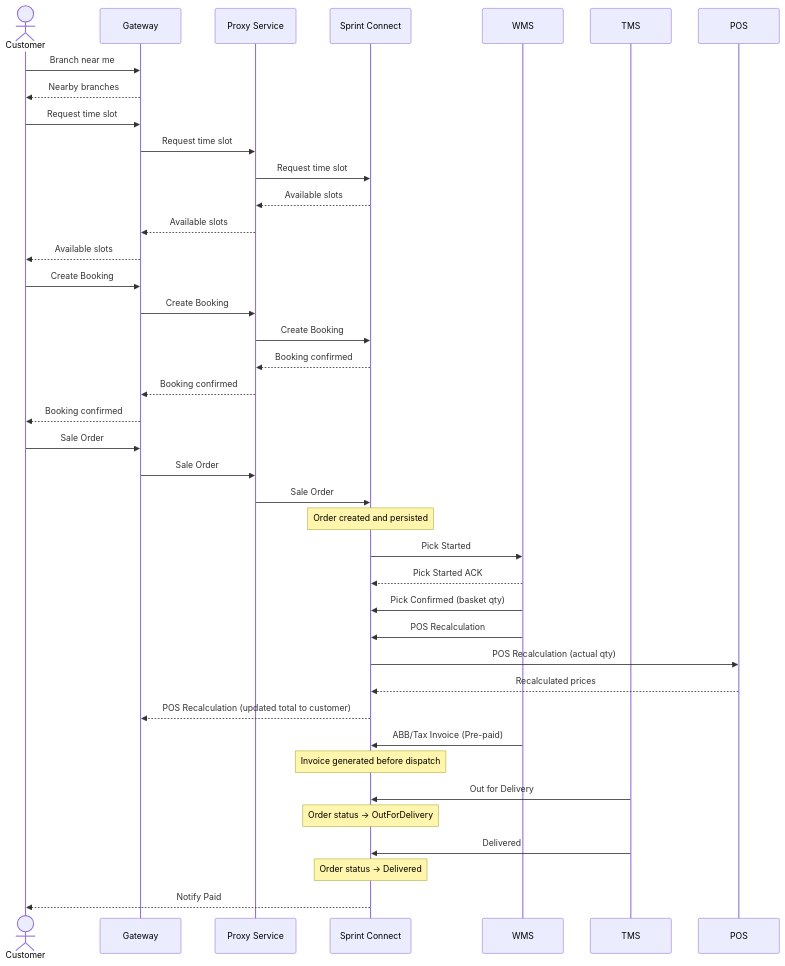
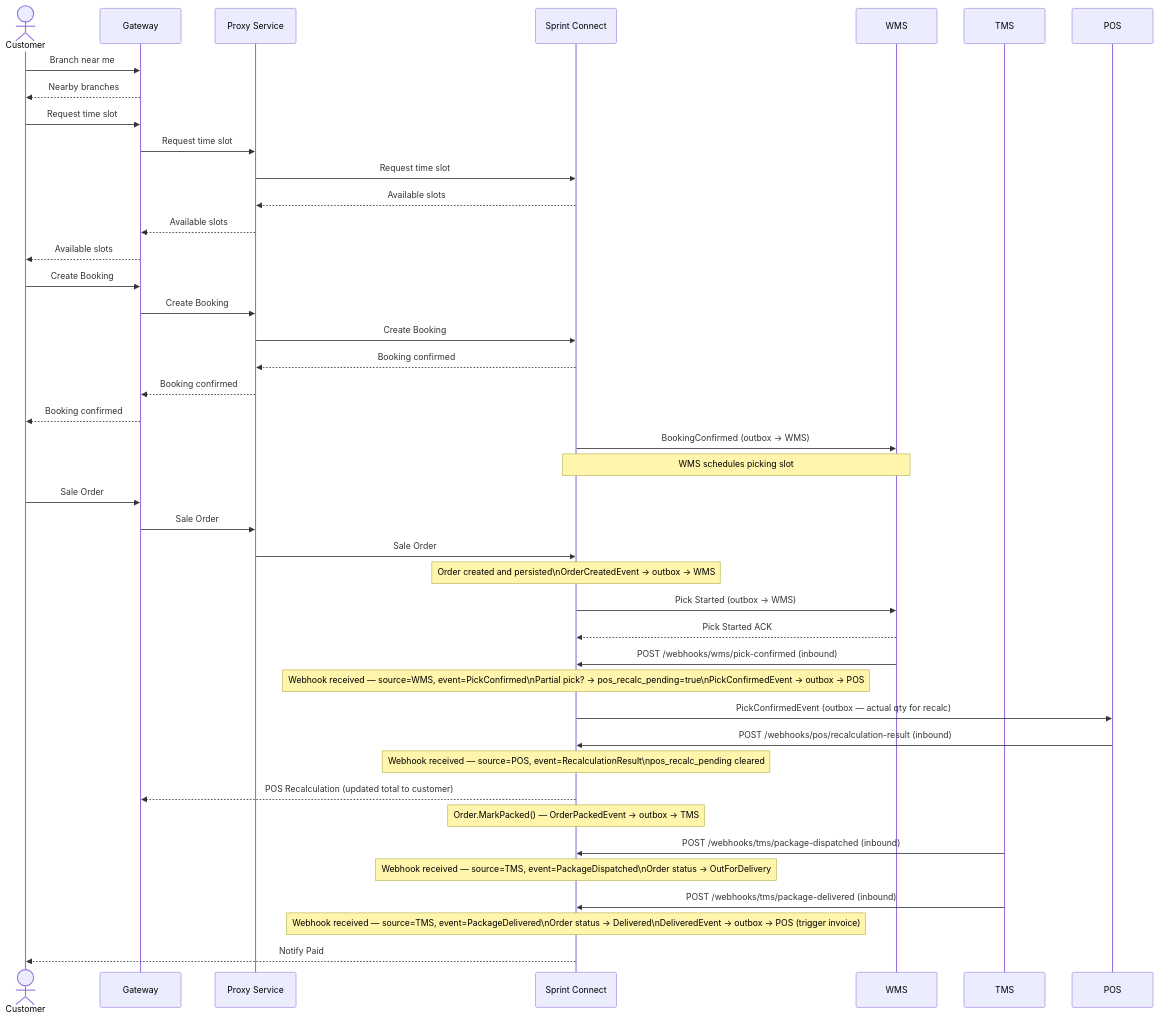
Before and after one commit to rosered11/personal-claude: the first of 24 diagrams in result/oms-sequence-diagrams.md, drawn with Mermaid. The commit also changed other lines of this file and 184 other files, not shown here.

````diff
--- a/result/oms-sequence-diagrams.md
+++ b/result/oms-sequence-diagrams.md
@@ -9,51 +9,53 @@
 ```mermaid
 sequenceDiagram
     actor C as Customer
     participant GW as Gateway
     participant PS as Proxy Service
     participant SC as Sprint Connect
     participant WMS as WMS
     participant TMS as TMS
     participant POS as POS
 
     C->>GW: Branch near me
     GW-->>C: Nearby branches
 
     C->>GW: Request time slot
     GW->>PS: Request time slot
     PS->>SC: Request time slot
     SC-->>PS: Available slots
     PS-->>GW: Available slots
     GW-->>C: Available slots
 
     C->>GW: Create Booking
     GW->>PS: Create Booking
     PS->>SC: Create Booking
     SC-->>PS: Booking confirmed
     PS-->>GW: Booking confirmed
     GW-->>C: Booking confirmed
+    SC->>WMS: BookingConfirmed (outbox → WMS)
+    Note over SC,WMS: WMS schedules picking slot
 
     C->>GW: Sale Order
     GW->>PS: Sale Order
     PS->>SC: Sale Order
-    Note over SC: Order created and persisted
+    Note over SC: Order created and persisted\nOrderCreatedEvent → outbox → WMS
 
-    SC->>WMS: Pick Started
+    SC->>WMS: Pick Started (outbox → WMS)
     WMS-->>SC: Pick Started ACK
 
-    WMS->>SC: Pick Confirmed (basket qty)
-    WMS->>SC: POS Recalculation
-    SC->>POS: POS Recalculation (actual qty)
-    POS-->>SC: Recalculated prices
+    WMS->>SC: POST /webhooks/wms/pick-confirmed (inbound)
+    Note over SC: Webhook received — source=WMS, event=PickConfirmed\nPartial pick? → pos_recalc_pending=true\nPickConfirmedEvent → outbox → POS
+    SC->>POS: PickConfirmedEvent (outbox — actual qty for recalc)
+    POS->>SC: POST /webhooks/pos/recalculation-result (inbound)
+    Note over SC: Webhook received — source=POS, event=RecalculationResult\npos_recalc_pending cleared
     SC-->>GW: POS Recalculation (updated total to customer)
 
-    WMS->>SC: ABB/Tax Invoice (Pre-paid)
-    Note over SC: Invoice generated before dispatch
+    Note over SC: Order.MarkPacked() — OrderPackedEvent → outbox → TMS
 
-    TMS->>SC: Out for Delivery
-    Note over SC: Order status → OutForDelivery
+    TMS->>SC: POST /webhooks/tms/package-dispatched (inbound)
+    Note over SC: Webhook received — source=TMS, event=PackageDispatched\nOrder status → OutForDelivery
 
-    TMS->>SC: Delivered
-    Note over SC: Order status → Delivered
+    TMS->>SC: POST /webhooks/tms/package-delivered (inbound)
+    Note over SC: Webhook received — source=TMS, event=PackageDelivered\nOrder status → Delivered\nDeliveredEvent → outbox → POS (trigger invoice)
     SC-->>C: Notify Paid
 ```
````
